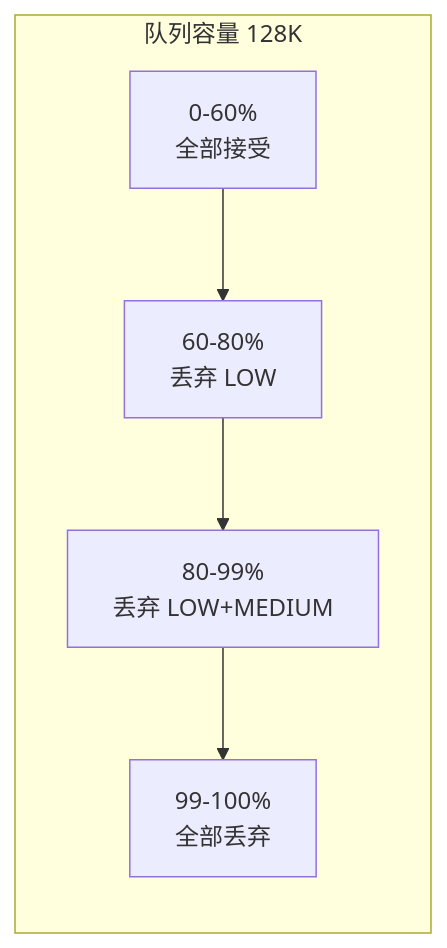
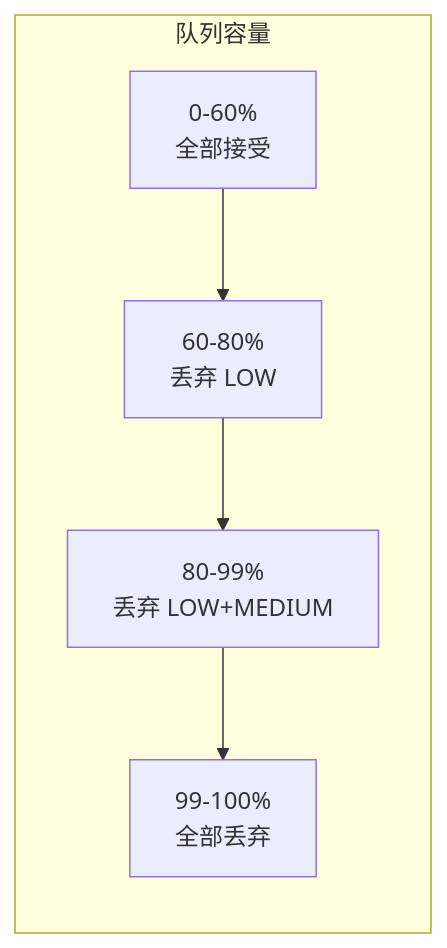
The third of 3 diagrams in content/posts/mccc/MCCC_Design.md (DeguiLiu/tech-notes), drawn with Mermaid before and after one commit. The commit also changed other lines of this file and 2 other files, not shown here.

````diff
--- a/content/posts/mccc/MCCC_Design.md
+++ b/content/posts/mccc/MCCC_Design.md
@@ -110,10 +169,10 @@
 ```mermaid
 flowchart LR
-    subgraph Queue[队列容量 128K]
+    subgraph Queue[队列容量]
         L[0-60%<br/>全部接受]
         M[60-80%<br/>丢弃 LOW]
         H[80-99%<br/>丢弃 LOW+MEDIUM]
         F[99-100%<br/>全部丢弃]
     end
     L --> M --> H --> F
 ```
````
